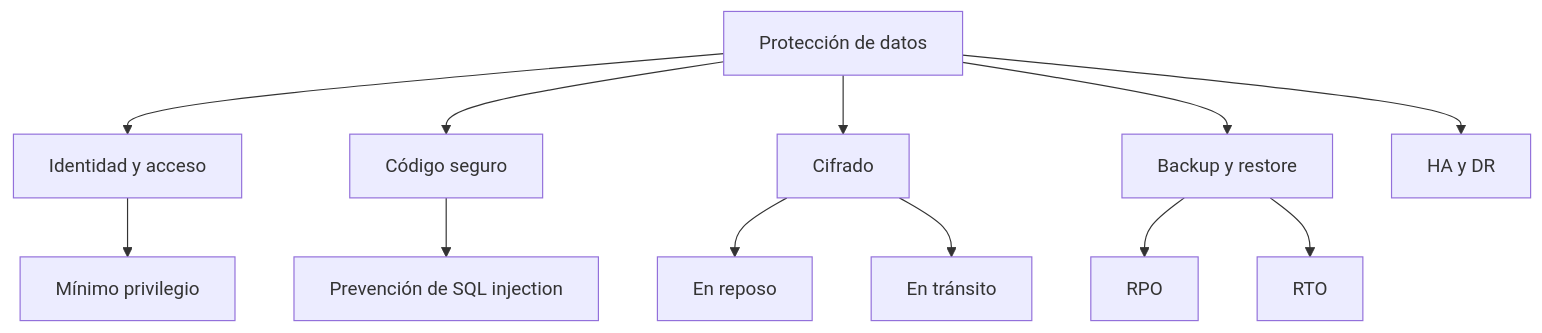
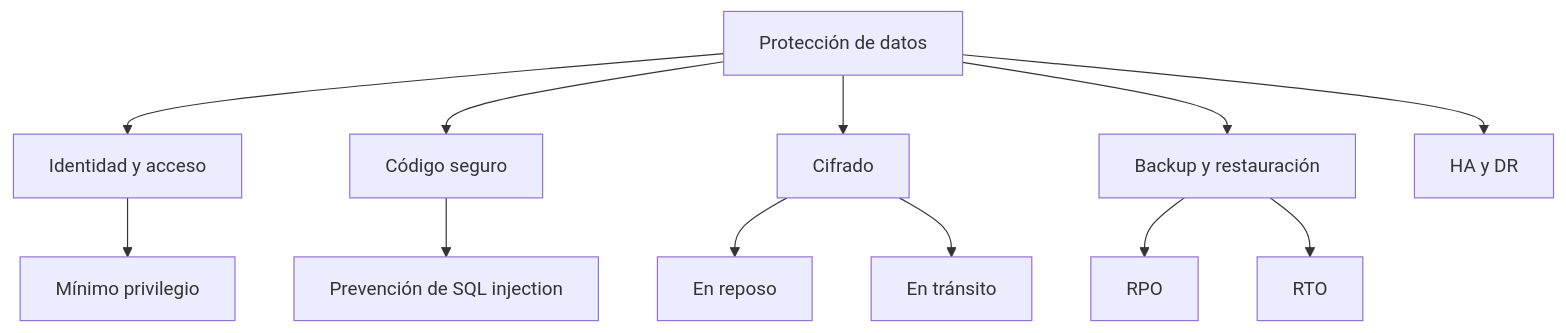
One commit to unlam-informatica/unlam-informatica.github.io changed the diagram in src/content/docs/bbdd-aplicadas/unidad-5/teoria/unidad-5.md. Above: the diagram before and after it, drawn with Mermaid. The commit also changed other lines of this file and 100 other files, not shown here.

````diff
--- a/src/content/docs/bbdd-aplicadas/unidad-5/teoria/unidad-5.md
+++ b/src/content/docs/bbdd-aplicadas/unidad-5/teoria/unidad-5.md
@@ -13,15 +14,15 @@
 ```mermaid
 flowchart TB
     P[Protección de datos]
     P --> I[Identidad y acceso]
     P --> C[Código seguro]
     P --> E[Cifrado]
-    P --> B[Backup y restore]
+    P --> B[Backup y restauración]
     P --> H[HA y DR]
     I --> POLP[Mínimo privilegio]
     C --> SQLI[Prevención de SQL injection]
     E --> REST[En reposo]
     E --> TRANS[En tránsito]
     B --> RPO[RPO]
     B --> RTO[RTO]
 ```
````
